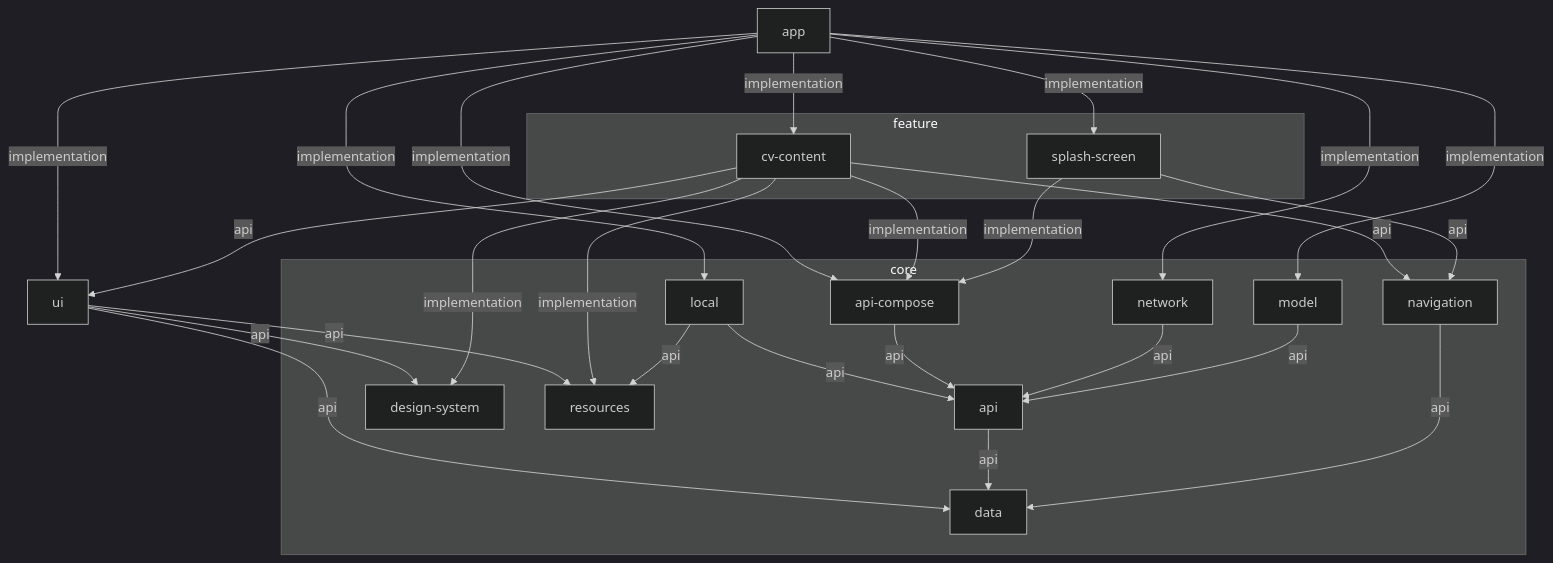
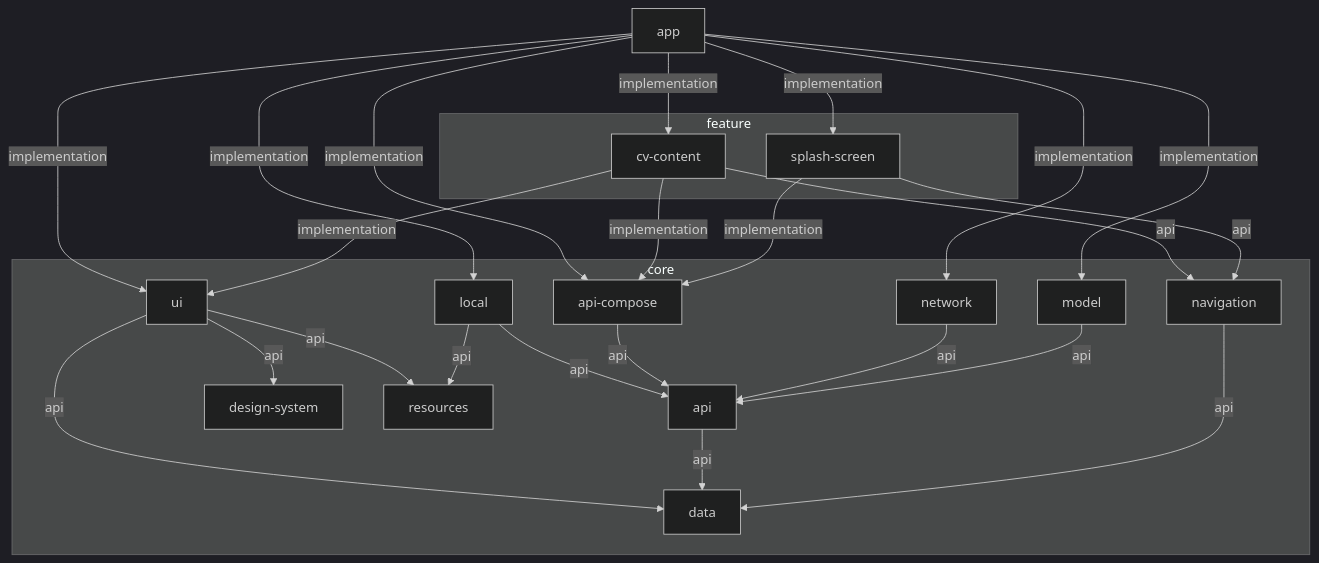
One commit to Dussim/cv-app changed the diagram in README.md. Above: the diagram before and after it, drawn with Mermaid. The commit also changed 55 other files, not shown here.

````diff
--- a/README.md
+++ b/README.md
@@ -3,50 +3,49 @@
 ```mermaid
 %%{
   init: {
     'theme': 'dark'
   }
 }%%
 
 graph TB
 
   subgraph core
     api
     api-compose
     data
     design-system
     local
     model
     navigation
     network
     resources
+    ui
   end
   subgraph feature
     cv-content
     splash-screen
   end
   model -- api --> api
   navigation -- api --> data
   api -- api --> data
   network -- api --> api
   api-compose -- api --> api
   splash-screen -- api --> navigation
   splash-screen -- implementation --> api-compose
   local -- api --> api
   local -- api --> resources
   cv-content -- api --> navigation
-  cv-content -- api --> ui
-  cv-content -- implementation --> design-system
   cv-content -- implementation --> api-compose
-  cv-content -- implementation --> resources
+  cv-content -- implementation --> ui
   ui -- api --> data
   ui -- api --> design-system
   ui -- api --> resources
   app -- implementation --> api-compose
   app -- implementation --> ui
   app -- implementation --> model
   app -- implementation --> local
   app -- implementation --> network
   app -- implementation --> splash-screen
   app -- implementation --> cv-content
 
 ```
````
